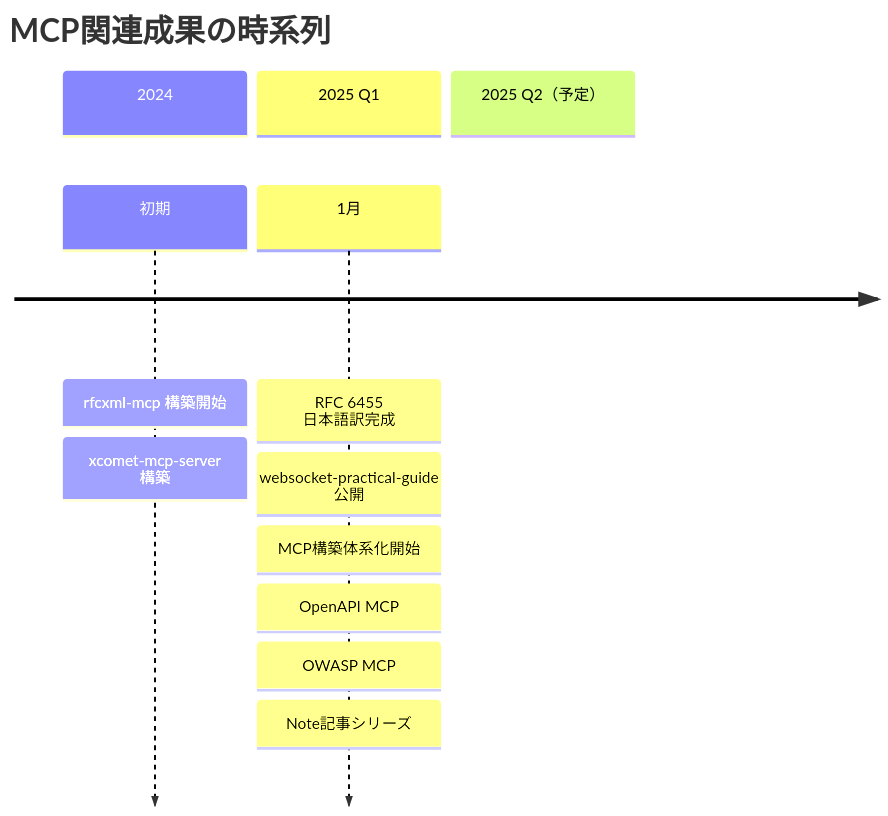
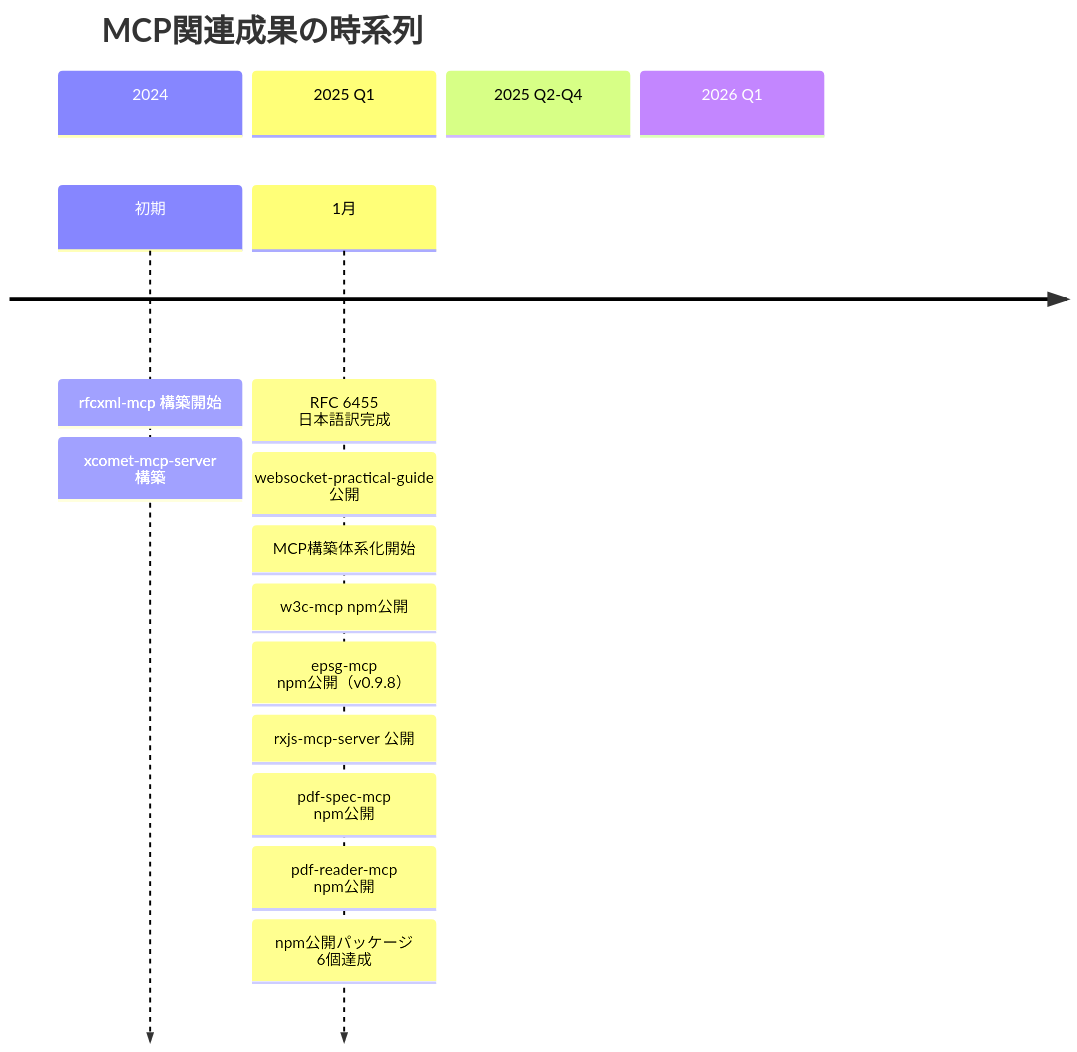
Before and after one commit to shuji-bonji/ai-agent-architecture: the third of 3 diagrams in docs/outputs.ja.md, drawn with Mermaid. The commit also changed other lines of this file and 7 other files, not shown here.

````diff
--- a/docs/outputs.ja.md
+++ b/docs/outputs.ja.md
@@ -228,18 +280,23 @@
 ```mermaid
 timeline
     title MCP関連成果の時系列
 
     section 2024
         初期 : rfcxml-mcp 構築開始
              : xcomet-mcp-server 構築
 
     section 2025 Q1
         1月 : RFC 6455 日本語訳完成
            : websocket-practical-guide 公開
            : MCP構築体系化開始
 
-    section 2025 Q2（予定）
-        : OpenAPI MCP
-        : OWASP MCP
-        : Note記事シリーズ
+    section 2025 Q2-Q4
+        : w3c-mcp npm公開
+        : epsg-mcp npm公開（v0.9.8）
+        : rxjs-mcp-server 公開
+
+    section 2026 Q1
+        : pdf-spec-mcp npm公開
+        : pdf-reader-mcp npm公開
+        : npm公開パッケージ 6個達成
 ```
````
